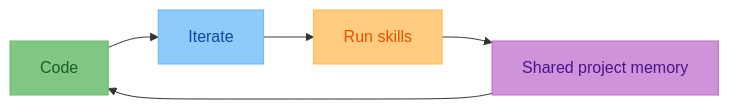
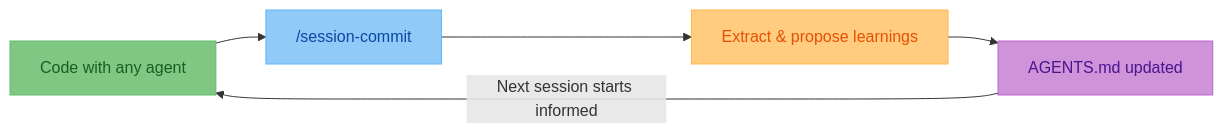
One commit to Olshansk/agent-md changed the diagram in README.md. Above: the diagram before and after it, drawn with Mermaid. The commit also changed 4 other files, not shown here.

````diff
--- a/README.md
+++ b/README.md
@@ -193,12 +193,12 @@
 ```mermaid
 flowchart LR
-    A["Code"]:::work --> B["Iterate"]:::run
-    B --> C["Run skills"]:::review
-    C --> D["Shared project memory"]:::value
-    D --> A
+    A["Code with any agent"]:::work --> B["/session-commit"]:::run
+    B --> C["Extract & propose learnings"]:::review
+    C --> D["AGENTS.md updated"]:::value
+    D -->|"Next session starts informed"| A
 
     classDef work fill:#81C784,color:#1B5E20,stroke:#66BB6A
     classDef run fill:#90CAF9,color:#0D47A1,stroke:#64B5F6
     classDef review fill:#FFCC80,color:#E65100,stroke:#FFB74D
     classDef value fill:#CE93D8,color:#4A148C,stroke:#BA68C8
 ```
````
